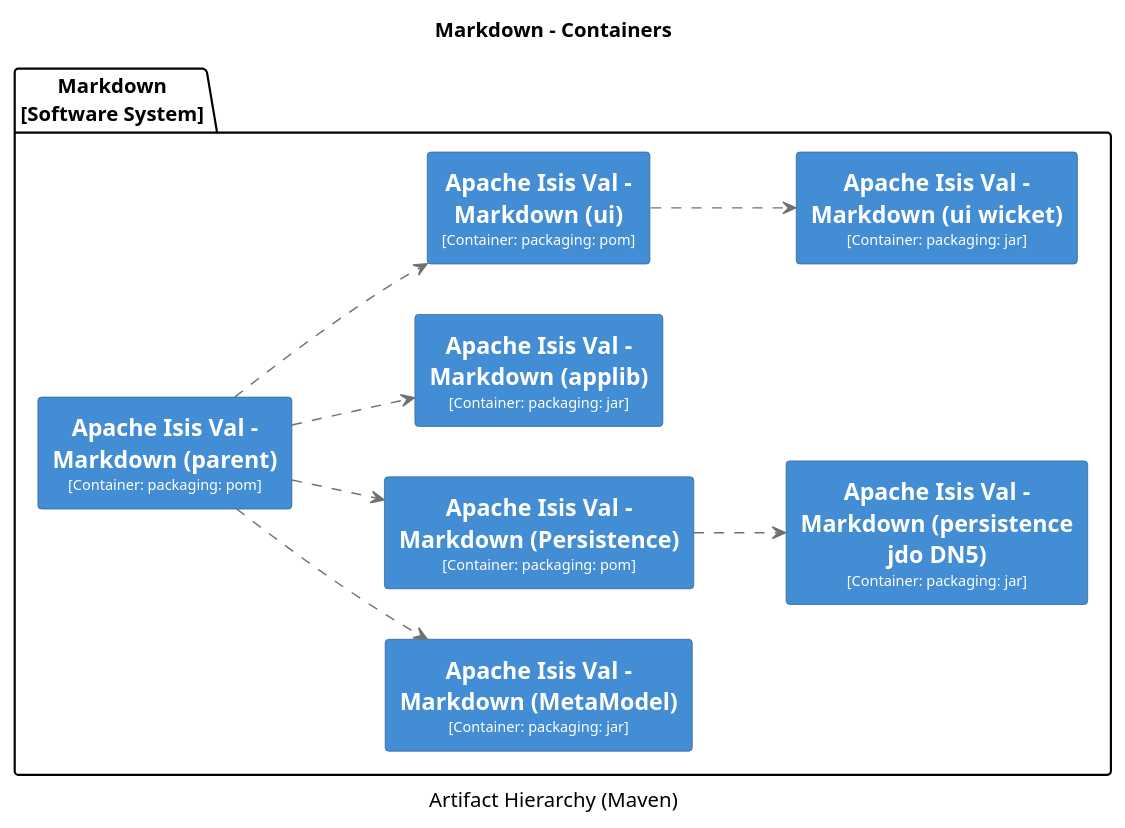
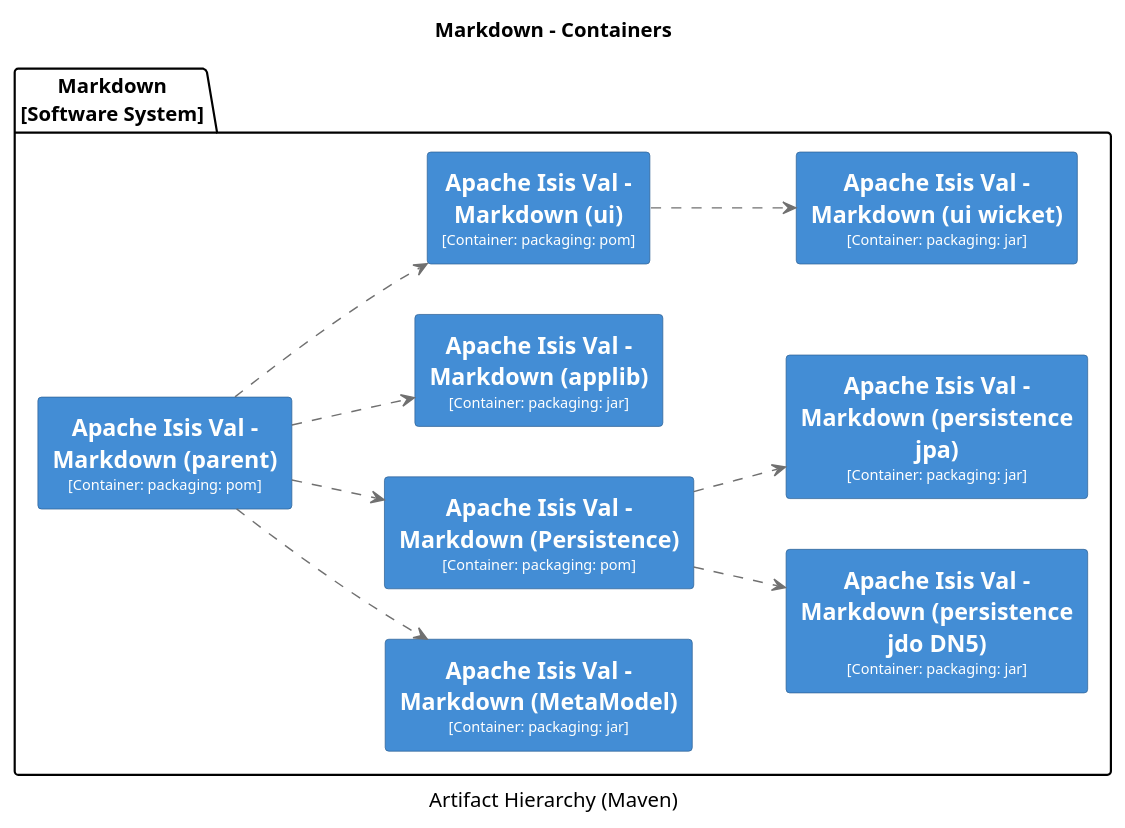
Before and after one commit to apache/causeway: diagram 19 of 38 in core/adoc/modules/_overview/pages/about.adoc, drawn with PlantUML. The commit also changed other lines of this file and 135 other files, not shown here.

```diff
--- a/core/adoc/modules/_overview/pages/about.adoc
+++ b/core/adoc/modules/_overview/pages/about.adoc
@@ -3211,67 +3123,74 @@
 [plantuml,Markdown,svg]
 ----
 @startuml(id=Markdown)
 title Markdown - Containers
 caption Artifact Hierarchy (Maven)
 
 skinparam {
   shadowing false
   arrowFontSize 10
   defaultTextAlignment center
   wrapWidth 200
   maxMessageSize 100
 }
 hide stereotype
 left to right direction
 skinparam rectangle<<2>> {
   BackgroundColor #438dd5
   FontColor #fffffe
   BorderColor #2E6295
 }
 skinparam rectangle<<3>> {
   BackgroundColor #438dd5
   FontColor #fffffe
   BorderColor #2E6295
 }
 skinparam rectangle<<4>> {
   BackgroundColor #438dd5
   FontColor #fffffe
   BorderColor #2E6295
 }
 skinparam rectangle<<5>> {
   BackgroundColor #438dd5
   FontColor #fffffe
   BorderColor #2E6295
 }
 skinparam rectangle<<6>> {
   BackgroundColor #438dd5
   FontColor #fffffe
   BorderColor #2E6295
 }
 skinparam rectangle<<7>> {
   BackgroundColor #438dd5
   FontColor #fffffe
   BorderColor #2E6295
 }
 skinparam rectangle<<8>> {
   BackgroundColor #438dd5
   FontColor #fffffe
   BorderColor #2E6295
 }
+skinparam rectangle<<9>> {
+  BackgroundColor #438dd5
+  FontColor #fffffe
+  BorderColor #2E6295
+}
 package "Markdown\n[Software System]" {
   rectangle "==Apache Isis Val - Markdown (MetaModel)\n<size:10>[Container: packaging: jar]</size>" <<4>> as 4
   rectangle "==Apache Isis Val - Markdown (Persistence)\n<size:10>[Container: packaging: pom]</size>" <<5>> as 5
   rectangle "==Apache Isis Val - Markdown (applib)\n<size:10>[Container: packaging: jar]</size>" <<3>> as 3
   rectangle "==Apache Isis Val - Markdown (parent)\n<size:10>[Container: packaging: pom]</size>" <<2>> as 2
   rectangle "==Apache Isis Val - Markdown (persistence jdo DN5)\n<size:10>[Container: packaging: jar]</size>" <<6>> as 6
-  rectangle "==Apache Isis Val - Markdown (ui wicket)\n<size:10>[Container: packaging: jar]</size>" <<8>> as 8
-  rectangle "==Apache Isis Val - Markdown (ui)\n<size:10>[Container: packaging: pom]</size>" <<7>> as 7
+  rectangle "==Apache Isis Val - Markdown (persistence jpa)\n<size:10>[Container: packaging: jar]</size>" <<7>> as 7
+  rectangle "==Apache Isis Val - Markdown (ui wicket)\n<size:10>[Container: packaging: jar]</size>" <<9>> as 9
+  rectangle "==Apache Isis Val - Markdown (ui)\n<size:10>[Container: packaging: pom]</size>" <<8>> as 8
 }
 5 .[#707070].> 6 : ""
+5 .[#707070].> 7 : ""
 2 .[#707070].> 4 : ""
 2 .[#707070].> 5 : ""
 2 .[#707070].> 3 : ""
-2 .[#707070].> 7 : ""
-7 .[#707070].> 8 : ""
+2 .[#707070].> 8 : ""
+8 .[#707070].> 9 : ""
 @enduml
 ----
```
